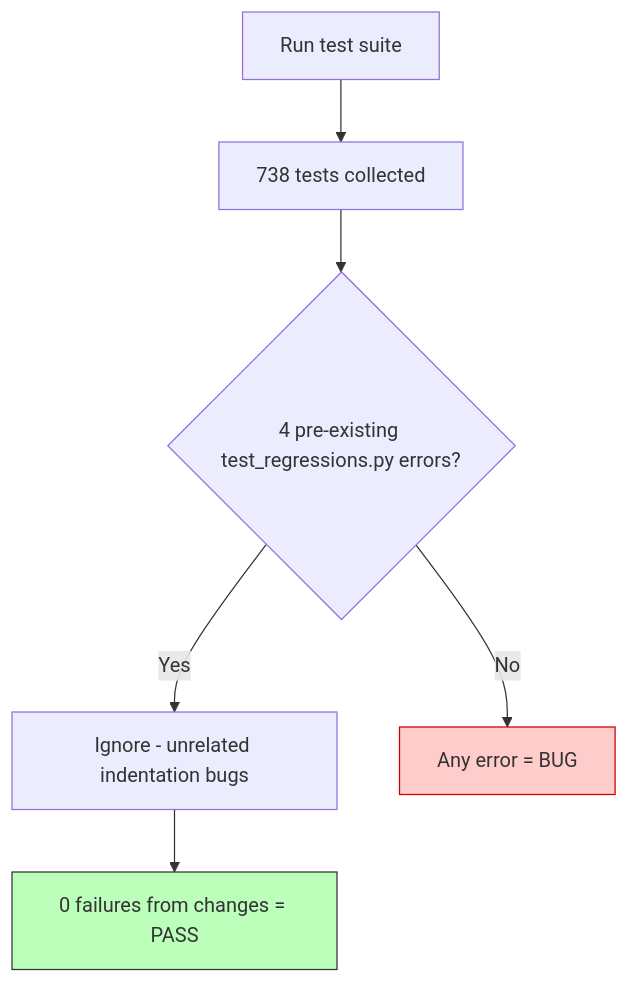
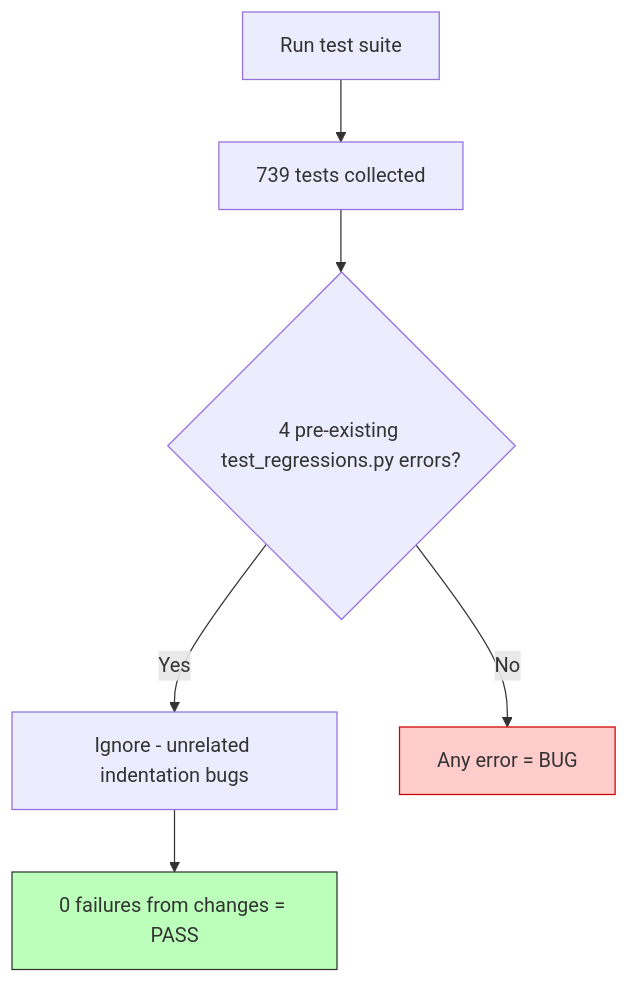
One commit to smd3235/steam-game-organizer changed the tenth of 16 diagrams in AGENTS.md. Above: the diagram before and after it, drawn with Mermaid. The commit also changed 3 other files, not shown here.

````diff
--- a/AGENTS.md
+++ b/AGENTS.md
@@ -320,11 +320,11 @@
 ```mermaid
 flowchart TD
-    A[Run test suite] --> B[738 tests collected]
+    A[Run test suite] -->     B[739 tests collected]
     B --> C{4 pre-existing test_regressions.py errors?}
     C -->|Yes| D[Ignore - unrelated indentation bugs]
     D --> E[0 failures from changes = PASS]
     C -->|No| F[Any error = BUG]
     
     style E fill:#bfb,stroke:#333
     style F fill:#fcc,stroke:#c00
 ```
````
